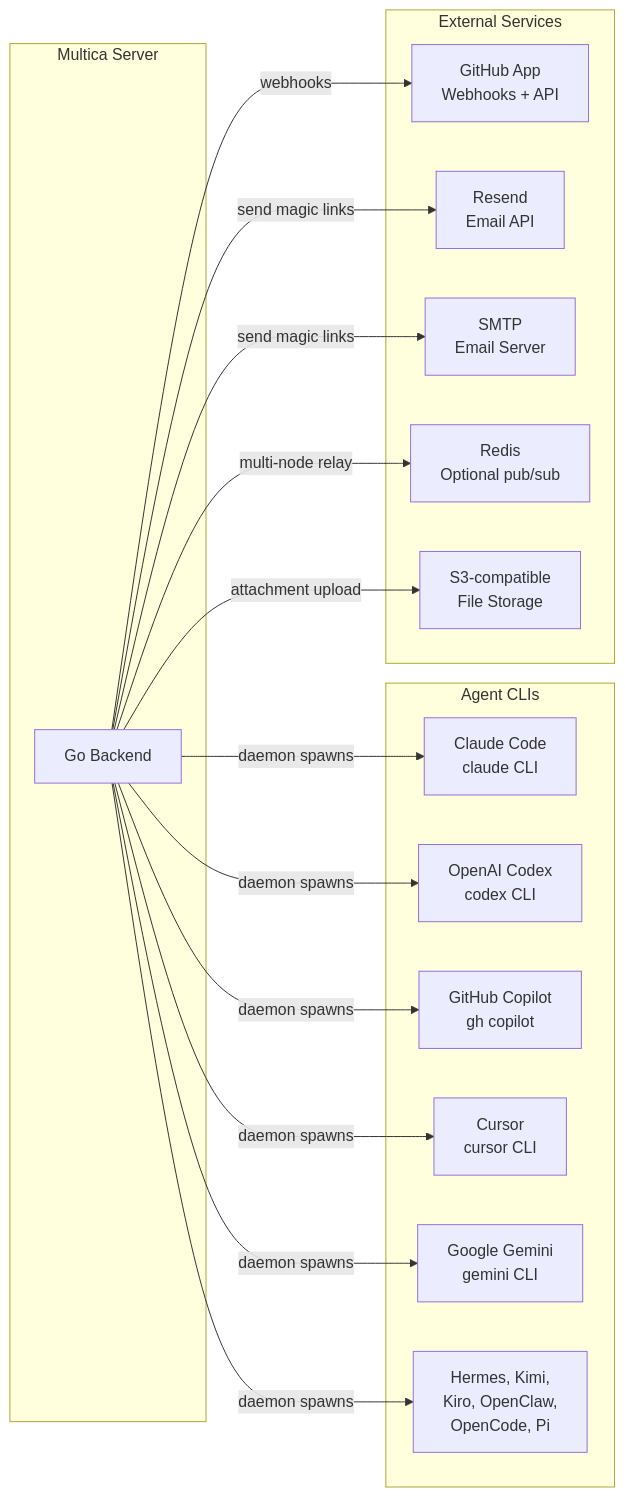
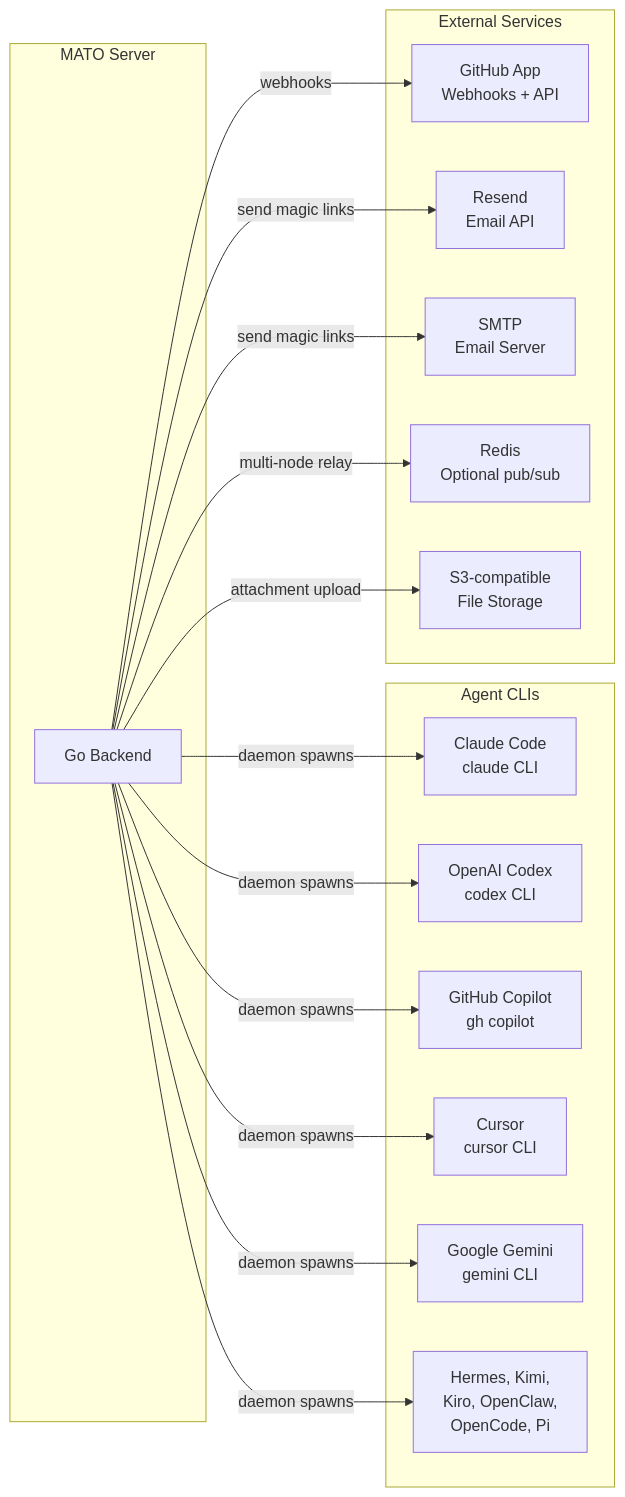
Before and after one commit to JCB-5280/multica-jcb: the first of 2 diagrams in knowledge-base/integrations.md, drawn with Mermaid. The commit also changed other lines of this file and 929 other files, not shown here.

Commit message:
feat(branding): complete renaming from Multica to MATO

````diff
--- a/knowledge-base/integrations.md
+++ b/knowledge-base/integrations.md
@@ -38,36 +38,36 @@
 ```mermaid
 graph LR
-    subgraph Multica Server
+    subgraph MATO Server
         Go["Go Backend"]
     end
     
     subgraph Agent CLIs
         Claude["Claude Code\nclaude CLI"]
         Codex["OpenAI Codex\ncodex CLI"]
         Copilot["GitHub Copilot\ngh copilot"]
         Cursor["Cursor\ncursor CLI"]
         Gemini["Google Gemini\ngemini CLI"]
         Others["Hermes, Kimi,\nKiro, OpenClaw,\nOpenCode, Pi"]
     end
     
     subgraph External Services
         GitHub["GitHub App\nWebhooks + API"]
         Resend["Resend\nEmail API"]
         SMTP["SMTP\nEmail Server"]
         Redis["Redis\nOptional pub/sub"]
         S3["S3-compatible\nFile Storage"]
     end
     
     Go -- "daemon spawns" --> Claude
     Go -- "daemon spawns" --> Codex
     Go -- "daemon spawns" --> Copilot
     Go -- "daemon spawns" --> Cursor
     Go -- "daemon spawns" --> Gemini
     Go -- "daemon spawns" --> Others
     
     Go -- "webhooks" --> GitHub
     Go -- "send magic links" --> Resend
     Go -- "send magic links" --> SMTP
     Go -- "multi-node relay" --> Redis
     Go -- "attachment upload" --> S3
 ```
````
